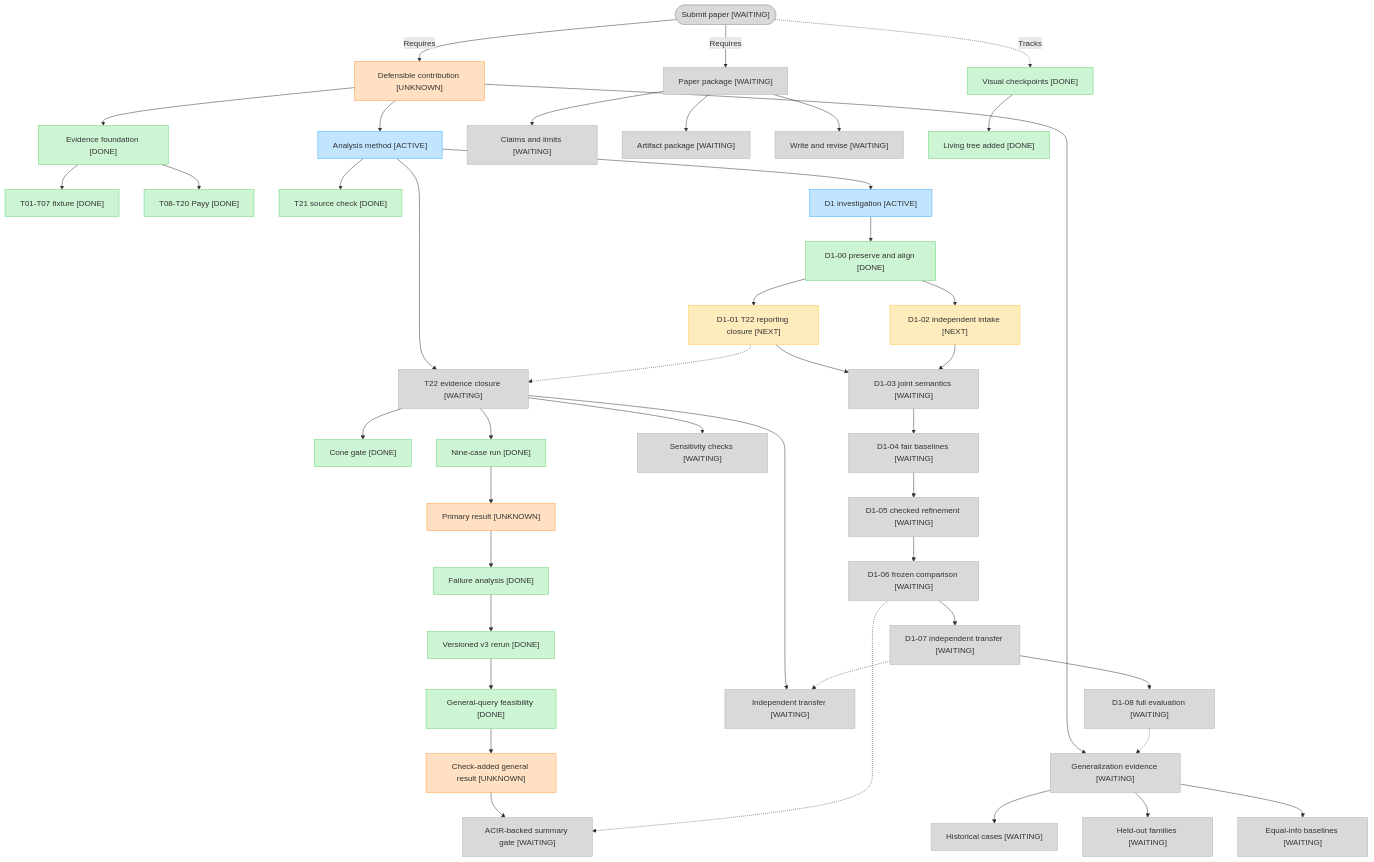
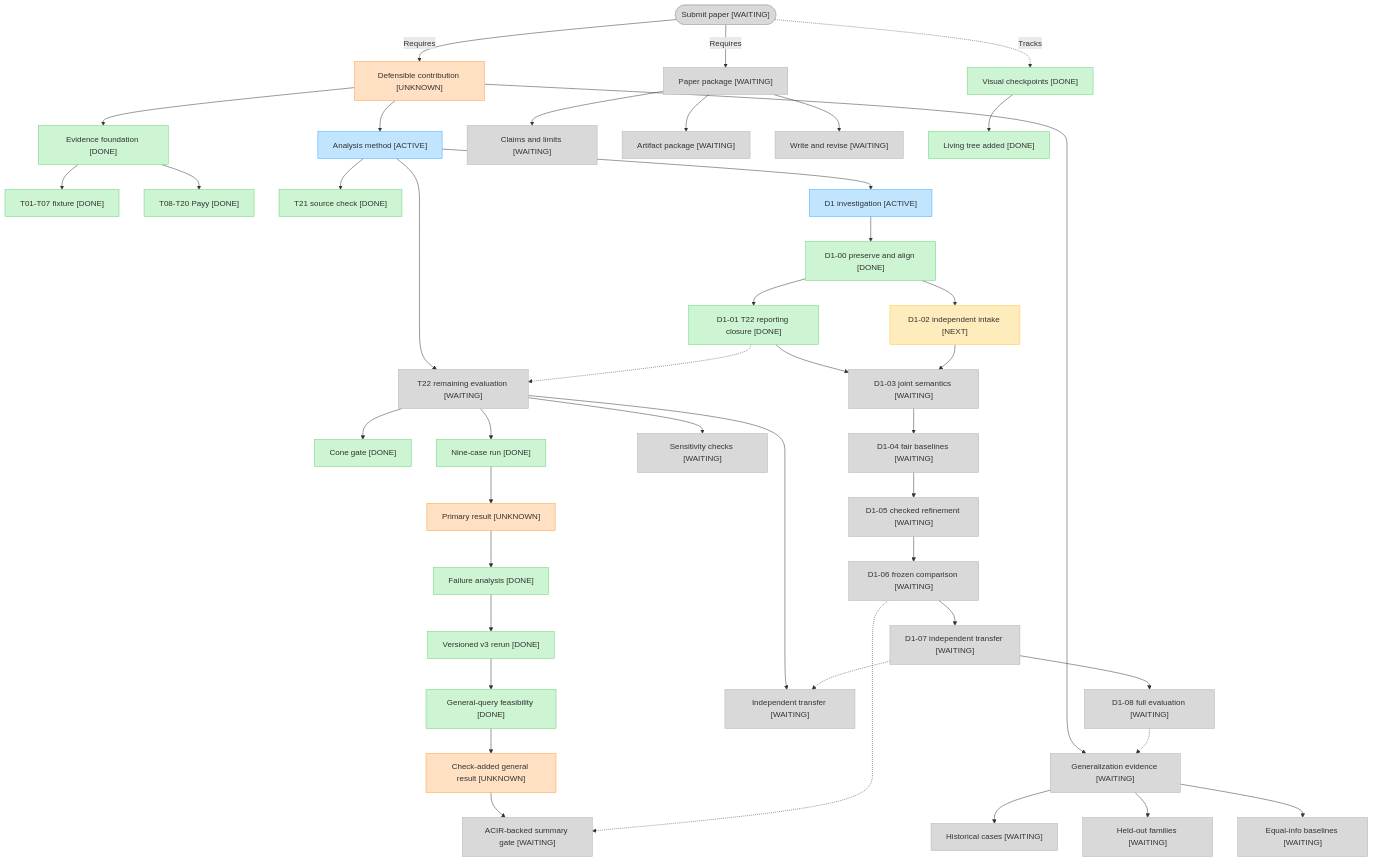
Before and after one commit to imranpollob/BindCheck: the diagram in docs/project-status.md, drawn with Mermaid. The commit also changed other lines of this file and 9 other files, not shown here.

````diff
--- a/docs/project-status.md
+++ b/docs/project-status.md
@@ -16,66 +16,66 @@
 ```mermaid
 flowchart TD
     submit(["Submit paper [WAITING]"])
     contribution["Defensible contribution [UNKNOWN]"]
     submit -->|"Requires"| contribution
     submit -->|"Requires"| manuscript["Paper package [WAITING]"]
     submit -.->|"Tracks"| tracking["Visual checkpoints [DONE]"]
 
     contribution --> foundation["Evidence foundation [DONE]"]
     contribution --> analysis["Analysis method [ACTIVE]"]
     contribution --> evaluation["Generalization evidence [WAITING]"]
 
     foundation --> fixture["T01-T07 fixture [DONE]"]
     foundation --> payy["T08-T20 Payy [DONE]"]
 
     analysis --> sourceCheck["T21 source check [DONE]"]
-    analysis --> t22["T22 evidence closure [WAITING]"]
+    analysis --> t22["T22 remaining evaluation [WAITING]"]
     t22 --> coneGate["Cone gate [DONE]"]
     t22 --> nineCases["Nine-case run [DONE]"]
     nineCases --> primaryResult["Primary result [UNKNOWN]"]
     primaryResult --> failureAnalysis["Failure analysis [DONE]"]
     failureAnalysis --> v3Rerun["Versioned v3 rerun [DONE]"]
     v3Rerun --> generalGate["General-query feasibility [DONE]"]
     generalGate --> generalResult["Check-added general result [UNKNOWN]"]
     generalResult --> acirSummary["ACIR-backed summary gate [WAITING]"]
     t22 --> transferCase["Independent transfer [WAITING]"]
     t22 --> sensitivity["Sensitivity checks [WAITING]"]
 
     analysis --> d1["D1 investigation [ACTIVE]"]
     d1 --> d100["D1-00 preserve and align [DONE]"]
-    d100 --> d101["D1-01 T22 reporting closure [NEXT]"]
+    d100 --> d101["D1-01 T22 reporting closure [DONE]"]
     d100 --> d102["D1-02 independent intake [NEXT]"]
     d101 --> d103["D1-03 joint semantics [WAITING]"]
     d102 --> d103
     d103 --> d104["D1-04 fair baselines [WAITING]"]
     d104 --> d105["D1-05 checked refinement [WAITING]"]
     d105 --> d106["D1-06 frozen comparison [WAITING]"]
     d106 --> d107["D1-07 independent transfer [WAITING]"]
     d107 --> d108["D1-08 full evaluation [WAITING]"]
     d101 -.-> t22
     d106 -.-> acirSummary
     d107 -.-> transferCase
     d108 -.-> evaluation
 
     evaluation --> history["Historical cases [WAITING]"]
     evaluation --> heldOut["Held-out families [WAITING]"]
     evaluation --> baselines["Equal-info baselines [WAITING]"]
 
     manuscript --> claims["Claims and limits [WAITING]"]
     manuscript --> artifacts["Artifact package [WAITING]"]
     manuscript --> draft["Write and revise [WAITING]"]
 
     tracking --> livingTree["Living tree added [DONE]"]
 
     classDef done fill:#CDF4D3,stroke:#66D575
     classDef active fill:#C2E5FF,stroke:#3DADFF
     classDef next fill:#FFECBD,stroke:#FFC943
     classDef waiting fill:#D9D9D9,stroke:#B3B3B3
     classDef unknown fill:#FFE0C2,stroke:#FF9E42
 
-    class foundation,fixture,payy,sourceCheck,coneGate,nineCases,failureAnalysis,v3Rerun,generalGate,tracking,livingTree,d100 done
+    class foundation,fixture,payy,sourceCheck,coneGate,nineCases,failureAnalysis,v3Rerun,generalGate,tracking,livingTree,d100,d101 done
     class analysis,d1 active
-    class d101,d102 next
+    class d102 next
     class evaluation,history,heldOut,baselines,manuscript,claims,artifacts,draft,transferCase,sensitivity,submit,t22,acirSummary,d103,d104,d105,d106,d107,d108 waiting
     class contribution,primaryResult,generalResult unknown
 ```
````
